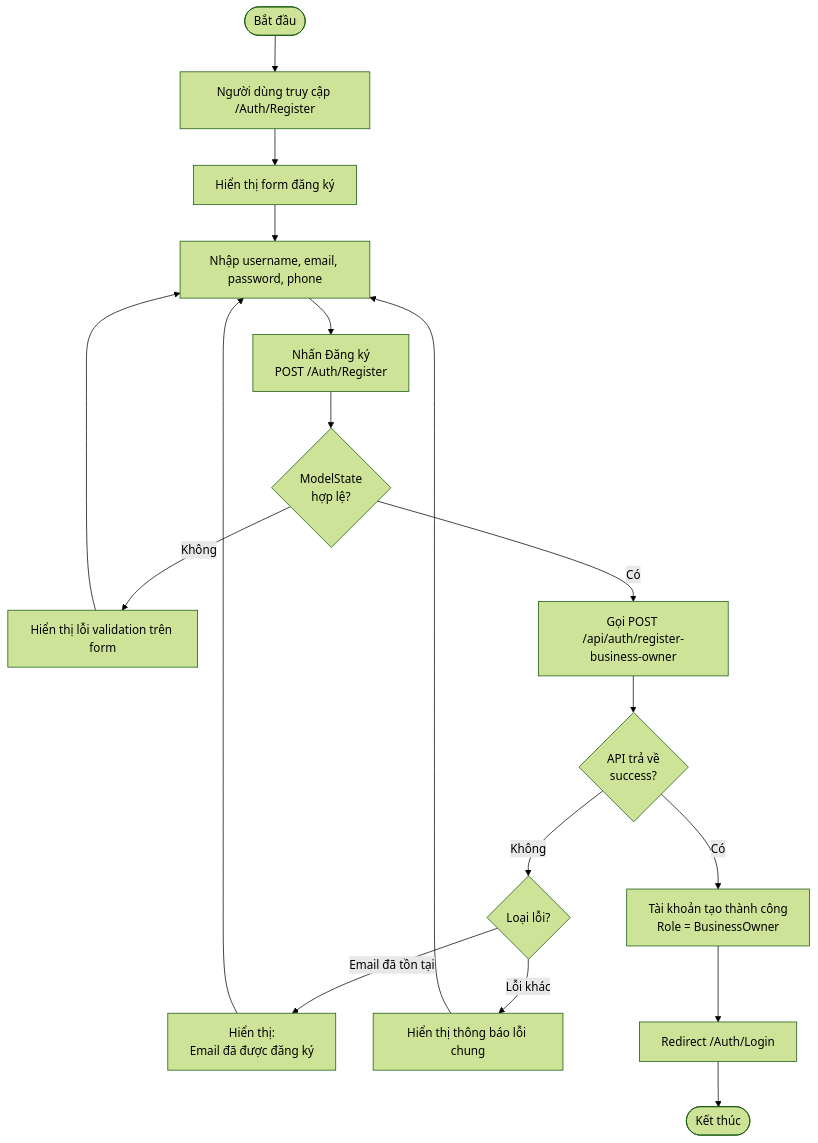
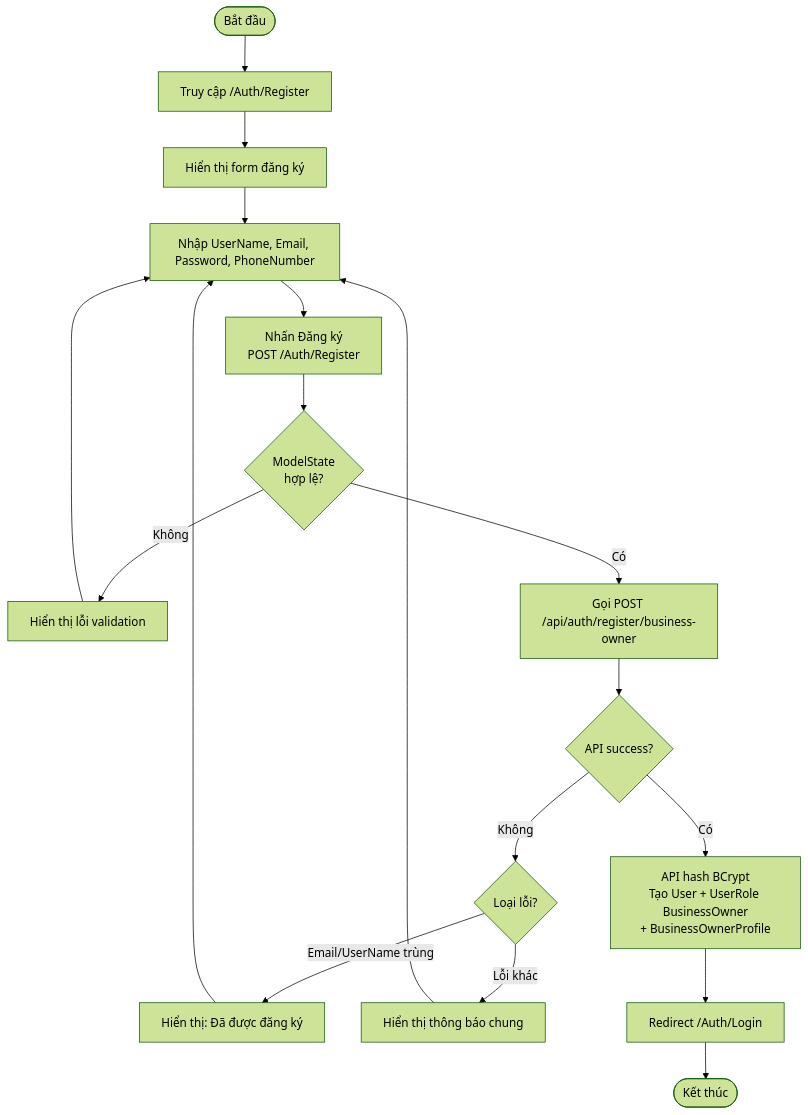
Before and after one commit to NguyenAlpha/LocateAndMultilingualNarration: the second of 21 diagrams in Docs/Activity Diagrams – Web Admin.md, drawn with Mermaid (forest theme). The commit also changed other lines of this file and 1 other file, not shown here.

Commit message:
Update Mobile API Endpoints Summary with detailed descriptions and JSON response examples for each endpoint

````diff
--- a/Docs/Activity Diagrams – Web Admin.md
+++ b/Docs/Activity Diagrams – Web Admin.md
@@ -45,20 +63,20 @@
 ```mermaid
 flowchart TD
-    A([Bắt đầu]) --> B[Người dùng truy cập /Auth/Register]
+    A([Bắt đầu]) --> B[Truy cập /Auth/Register]
     B --> C[Hiển thị form đăng ký]
-    C --> D[Nhập username, email, password, phone]
+    C --> D[Nhập UserName, Email, Password, PhoneNumber]
     D --> E[Nhấn Đăng ký\nPOST /Auth/Register]
     E --> F{ModelState\nhợp lệ?}
-    F -- Không --> G[Hiển thị lỗi validation trên form]
+    F -- Không --> G[Hiển thị lỗi validation]
     G --> D
-    F -- Có --> H[Gọi POST /api/auth/register-business-owner]
-    H --> I{API trả về\nsuccess?}
+    F -- Có --> H[Gọi POST /api/auth/register/business-owner]
+    H --> I{API success?}
     I -- Không --> J{Loại lỗi?}
-    J -- Email đã tồn tại --> K[Hiển thị:\nEmail đã được đăng ký]
-    J -- Lỗi khác --> L[Hiển thị thông báo lỗi chung]
+    J -- Email/UserName trùng --> K[Hiển thị: Đã được đăng ký]
+    J -- Lỗi khác --> L[Hiển thị thông báo chung]
     K --> D
     L --> D
-    I -- Có --> M[Tài khoản tạo thành công\nRole = BusinessOwner]
+    I -- Có --> M[API hash BCrypt\nTạo User + UserRole BusinessOwner\n+ BusinessOwnerProfile]
     M --> N[Redirect /Auth/Login]
     N --> O([Kết thúc])
 ```
````
